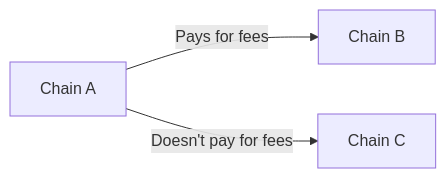
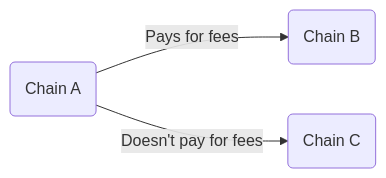
Before and after one commit to Polkadot-Blockchain-Academy/pba-content: the second of 20 diagrams in syllabus/7-XCM/1-Core_Concepts_of_XCM/Core_Concepts_of_XCM_slides.md, drawn with Mermaid. The commit also changed other lines of this file and 1 other file, not shown here.

Commit message:
Change mermaidjs theme

````diff
--- a/syllabus/7-XCM/1-Core_Concepts_of_XCM/Core_Concepts_of_XCM_slides.md
+++ b/syllabus/7-XCM/1-Core_Concepts_of_XCM/Core_Concepts_of_XCM_slides.md
@@ -172,5 +172,5 @@
 ```mermaid
 graph LR
-    A[Chain A]--"Pays for fees"-->B[Chain B]
-    A--"Doesn't pay for fees"-->C[Chain C]
+    A(Chain A)--"Pays for fees"-->B(Chain B)
+    A--"Doesn't pay for fees"-->C(Chain C)
 ```
````
